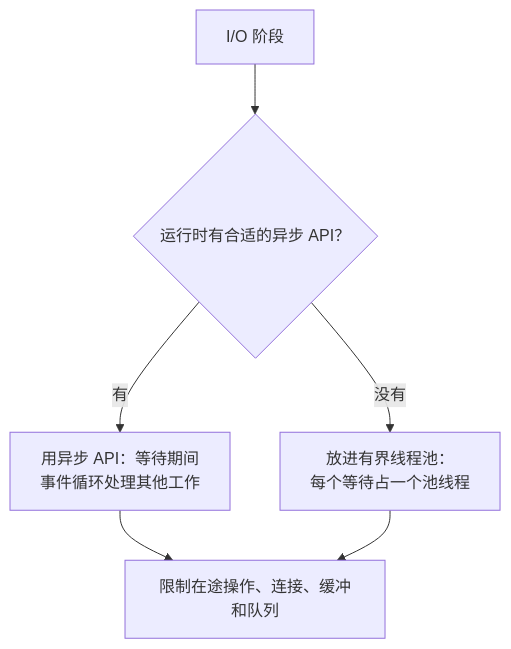
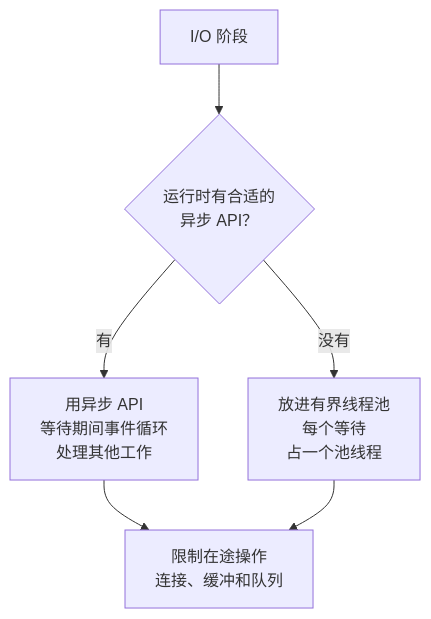
The diagram in engineering-foundations/runtime/processes-threads-and-async-io.md (Negronii/MyNotes), drawn with Mermaid before and after one commit. The commit also changed 220 other files, not shown here.

First line of the commit message:
Replace prose-heavy explanations with figures and fix existing diagrams

```diff
--- a/engineering-foundations/runtime/processes-threads-and-async-io.md
+++ b/engineering-foundations/runtime/processes-threads-and-async-io.md
@@ -49,8 +49,8 @@
 ~~~mermaid
 flowchart TD
-    IOWait[I/O 阶段] --> HasAsync{运行时有合适的异步 API？}
-    HasAsync -->|有| AsyncAPI[用异步 API：等待期间<br/>事件循环处理其他工作]
-    HasAsync -->|没有| BlockingPool[放进有界线程池：<br/>每个等待占一个池线程]
-    AsyncAPI --> Limit[限制在途操作、连接、缓冲和队列]
+    IOWait[I/O 阶段] --> HasAsync{运行时有合适的<br/>异步 API？}
+    HasAsync -->|有| AsyncAPI[用异步 API<br/>等待期间事件循环<br/>处理其他工作]
+    HasAsync -->|没有| BlockingPool[放进有界线程池<br/>每个等待<br/>占一个池线程]
+    AsyncAPI --> Limit[限制在途操作<br/>连接、缓冲和队列]
     BlockingPool --> Limit
 ~~~
```
